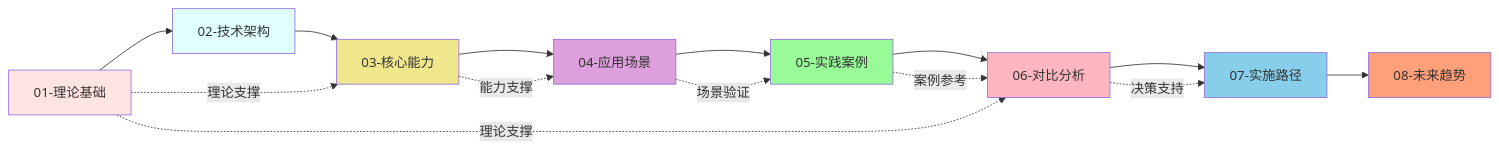
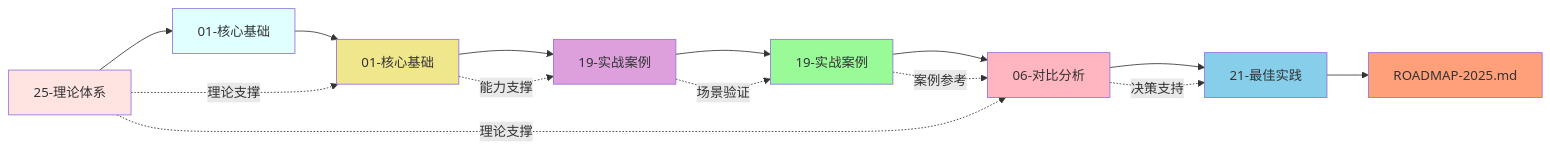
The diagram in Integrate/00-归档-项目管理文档/10-AI与机器学习/00-模块质量全面优化报告-2025-01.md (AdaMartin18010/PostgreSQL_modern), drawn with Mermaid before and after one commit. The commit also changed 574 other files, not shown here.

````diff
--- a/Integrate/00-归档-项目管理文档/10-AI与机器学习/00-模块质量全面优化报告-2025-01.md
+++ b/Integrate/00-归档-项目管理文档/10-AI与机器学习/00-模块质量全面优化报告-2025-01.md
@@ -195,26 +195,26 @@
 ```mermaid
 graph LR
-    A[01-理论基础] --> B[02-技术架构]
-    B --> C[03-核心能力]
-    C --> D[04-应用场景]
-    D --> E[05-实践案例]
+    A[25-理论体系] --> B[01-核心基础]
+    B --> C[01-核心基础]
+    C --> D[19-实战案例]
+    D --> E[19-实战案例]
     E --> F[06-对比分析]
-    F --> G[07-实施路径]
-    G --> H[08-未来趋势]
+    F --> G[21-最佳实践]
+    G --> H[ROADMAP-2025.md]
 
     A -.理论支撑.-> C
     A -.理论支撑.-> F
     C -.能力支撑.-> D
     D -.场景验证.-> E
     E -.案例参考.-> F
     F -.决策支持.-> G
 
     style A fill:#FFE4E1
     style B fill:#E0FFFF
     style C fill:#F0E68C
     style D fill:#DDA0DD
     style E fill:#98FB98
     style F fill:#FFB6C1
     style G fill:#87CEEB
     style H fill:#FFA07A
 ```
````
